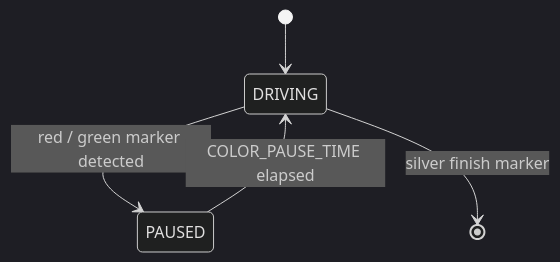
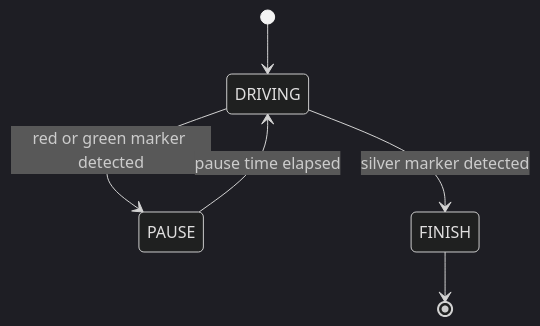
Before and after one commit to TempeHS/RP2040_Competition_Robot: the diagram in docs/Challenge_8.md, drawn with Mermaid (dark theme). The commit also changed other lines of this file and 14 other files, not shown here.

````diff
--- a/docs/Challenge_8.md
+++ b/docs/Challenge_8.md
@@ -70,7 +42,8 @@
 ```mermaid
 stateDiagram-v2
     [*] --> DRIVING
-    DRIVING --> PAUSED: red / green marker detected
-    PAUSED --> DRIVING: COLOR_PAUSE_TIME elapsed
-    DRIVING --> [*]: silver finish marker
+    DRIVING --> PAUSE: red or green marker detected
+    PAUSE --> DRIVING: pause time elapsed
+    DRIVING --> FINISH: silver marker detected
+    FINISH --> [*]
 ```
````
